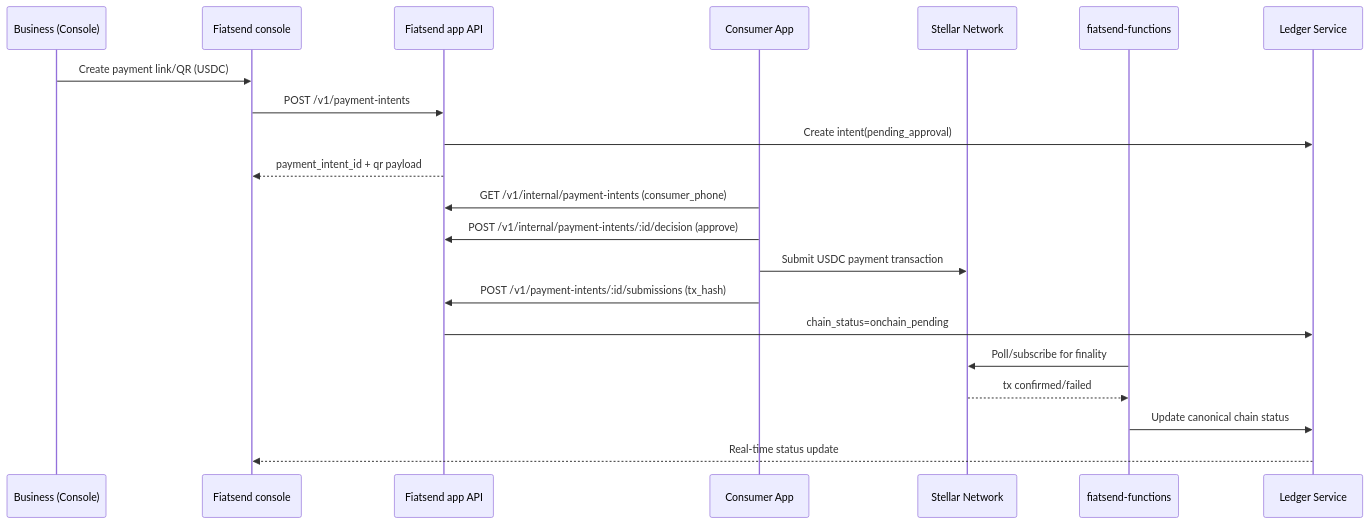
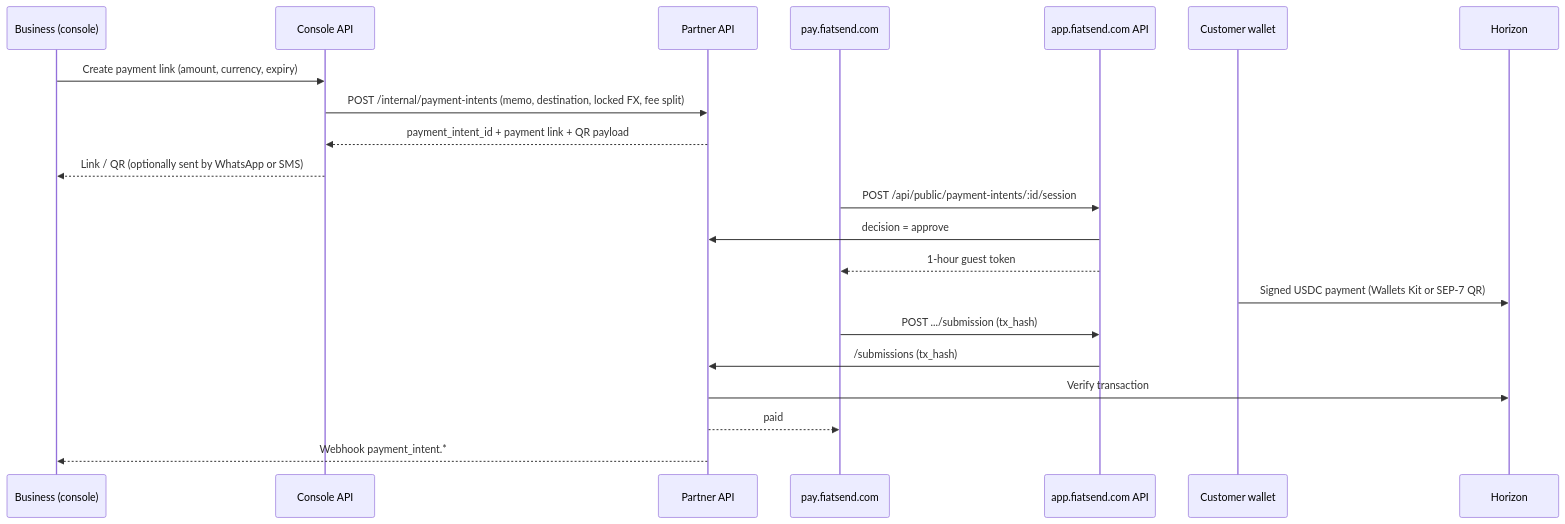
Before and after one commit to fiatsend/techical-achitecture: the fifth of 7 diagrams in Fiatsend-Technical-Architecture-SCF43-Integration.md, drawn with Mermaid. The commit also changed other lines of this file, not shown here.

First line of the commit message:
Update the SCF43 architecture to what is built and live

````diff
--- a/Fiatsend-Technical-Architecture-SCF43-Integration.md
+++ b/Fiatsend-Technical-Architecture-SCF43-Integration.md
@@ -886,26 +242,24 @@
 ```mermaid
 sequenceDiagram
-    participant Biz as Business (Console)
-    participant Console as Fiatsend console
-    participant Main as Fiatsend app API
-    participant App as Consumer App
-    participant Chain as Stellar Network
-    participant Worker as fiatsend-functions
-    participant Ledger as Ledger Service
+    participant Biz as Business (console)
+    participant C as Console API
+    participant P as Partner API
+    participant Pay as pay.fiatsend.com
+    participant Web as app.fiatsend.com API
+    participant W as Customer wallet
+    participant H as Horizon
 
-    Biz->>Console: Create payment link/QR (USDC)
-    Console->>Main: POST /v1/payment-intents
-    Main->>Ledger: Create intent(pending_approval)
-    Main-->>Console: payment_intent_id + qr payload
-
-    App->>Main: GET /v1/internal/payment-intents (consumer_phone)
-    App->>Main: POST /v1/internal/payment-intents/:id/decision (approve)
-    App->>Chain: Submit USDC payment transaction
-    App->>Main: POST /v1/payment-intents/:id/submissions (tx_hash)
-    Main->>Ledger: chain_status=onchain_pending
-
-    Worker->>Chain: Poll/subscribe for finality
-    Chain-->>Worker: tx confirmed/failed
-    Worker->>Ledger: Update canonical chain status
-    Ledger-->>Console: Real-time status update
+    Biz->>C: Create payment link (amount, currency, expiry)
+    C->>P: POST /internal/payment-intents (memo, destination, locked FX, fee split)
+    P-->>C: payment_intent_id + payment link + QR payload
+    C-->>Biz: Link / QR (optionally sent by WhatsApp or SMS)
+    Pay->>Web: POST /api/public/payment-intents/:id/session
+    Web->>P: decision = approve
+    Web-->>Pay: 1-hour guest token
+    W->>H: Signed USDC payment (Wallets Kit or SEP-7 QR)
+    Pay->>Web: POST .../submission (tx_hash)
+    Web->>P: /submissions (tx_hash)
+    P->>H: Verify transaction
+    P-->>Pay: paid
+    P-->>Biz: Webhook payment_intent.*
 ```
````
